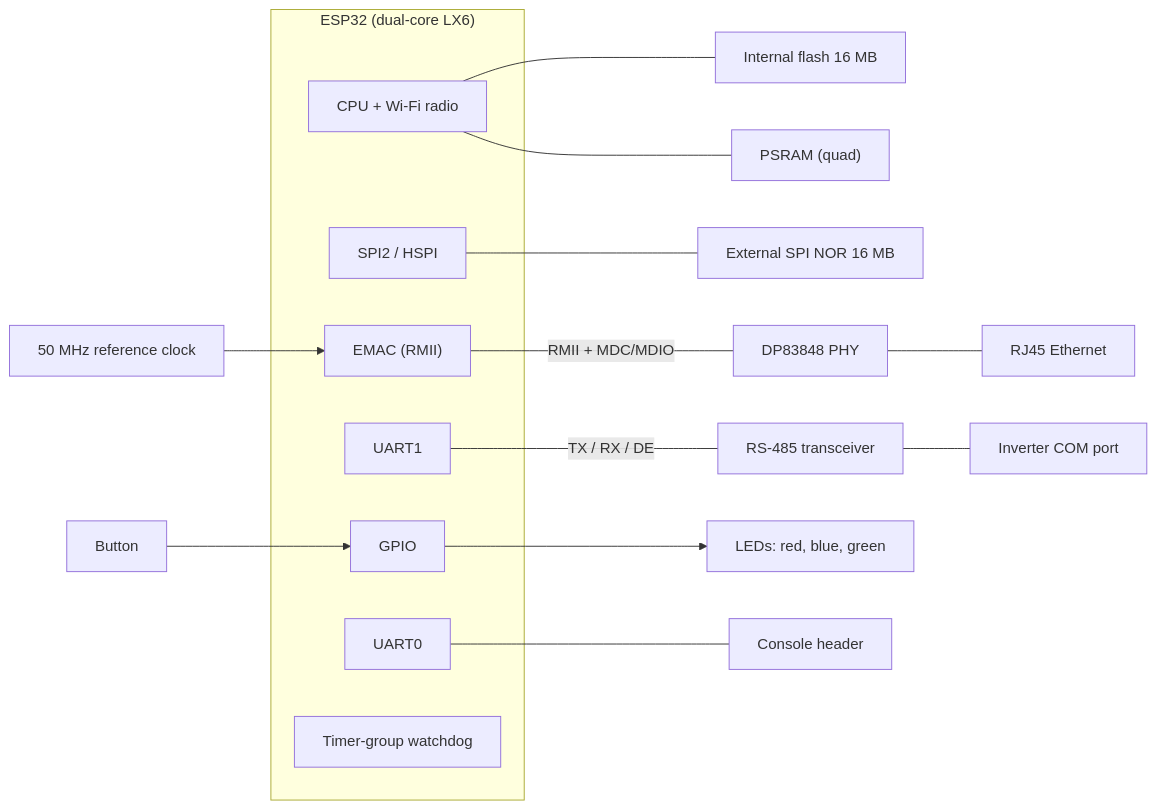
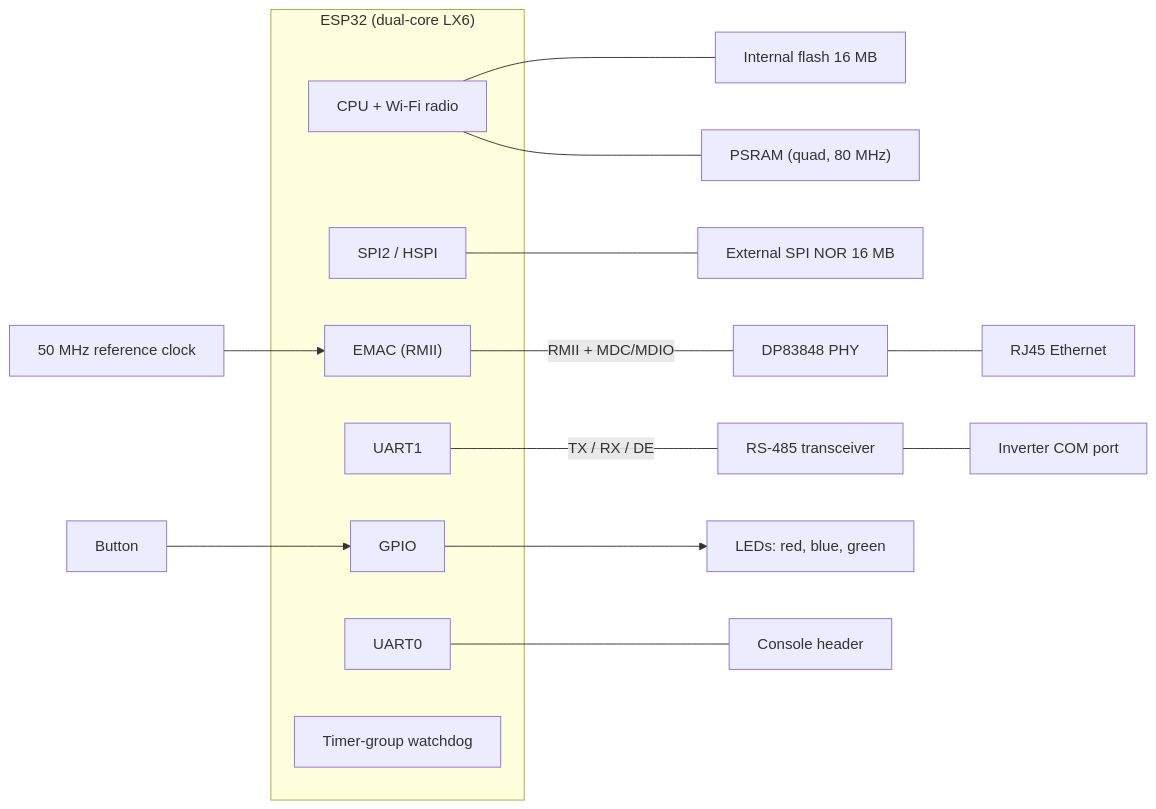
The diagram in reference/hardware/winet-s.md (NickStallman/SG-Docs), drawn with Mermaid before and after one commit. The commit also changed other lines of this file and 23 other files, not shown here.

````diff
--- a/reference/hardware/winet-s.md
+++ b/reference/hardware/winet-s.md
@@ -31,34 +31,34 @@
 ```mermaid
 flowchart LR
     subgraph soc["ESP32 (dual-core LX6)"]
         cpu["CPU + Wi-Fi radio"]
         emac["EMAC (RMII)"]
         uart1["UART1"]
         spi2["SPI2 / HSPI"]
         uart0["UART0"]
         gpio["GPIO"]
         twdt["Timer-group watchdog"]
     end
     iflash["Internal flash 16 MB"]
-    psram["PSRAM (quad)"]
+    psram["PSRAM (quad, 80 MHz)"]
     nor["External SPI NOR 16 MB"]
     phy["DP83848 PHY"]
     osc["50 MHz reference clock"]
     rj45["RJ45 Ethernet"]
     xcvr["RS-485 transceiver"]
     inv["Inverter COM port"]
     leds["LEDs: red, blue, green"]
     btn["Button"]
     con["Console header"]
     cpu --- iflash
     cpu --- psram
     spi2 --- nor
     emac -- "RMII + MDC/MDIO" --- phy
     phy --- rj45
     osc --> emac
     uart1 -- "TX / RX / DE" --- xcvr
     xcvr --- inv
     gpio --> leds
     btn --> gpio
     uart0 --- con
 ```
````
